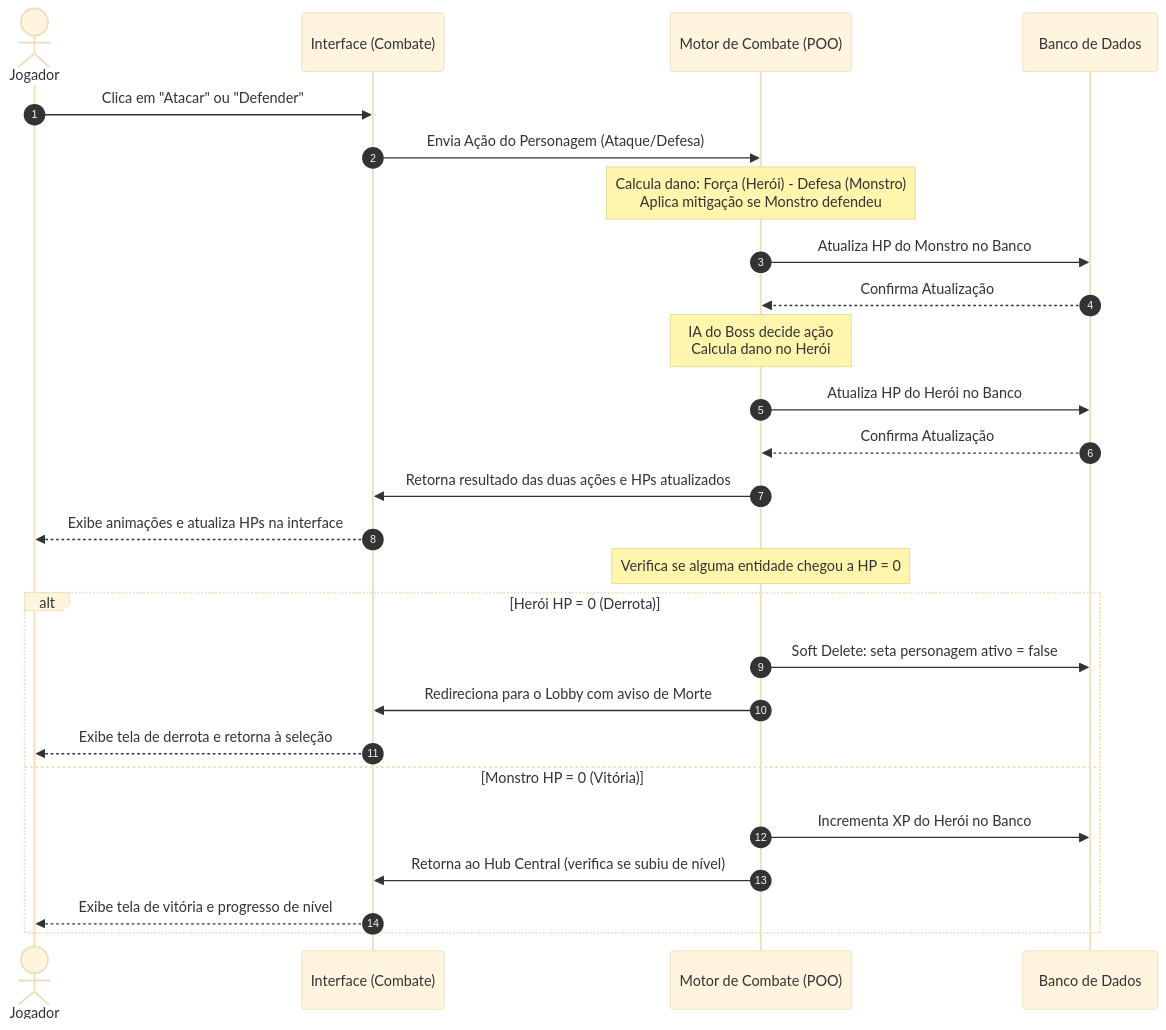
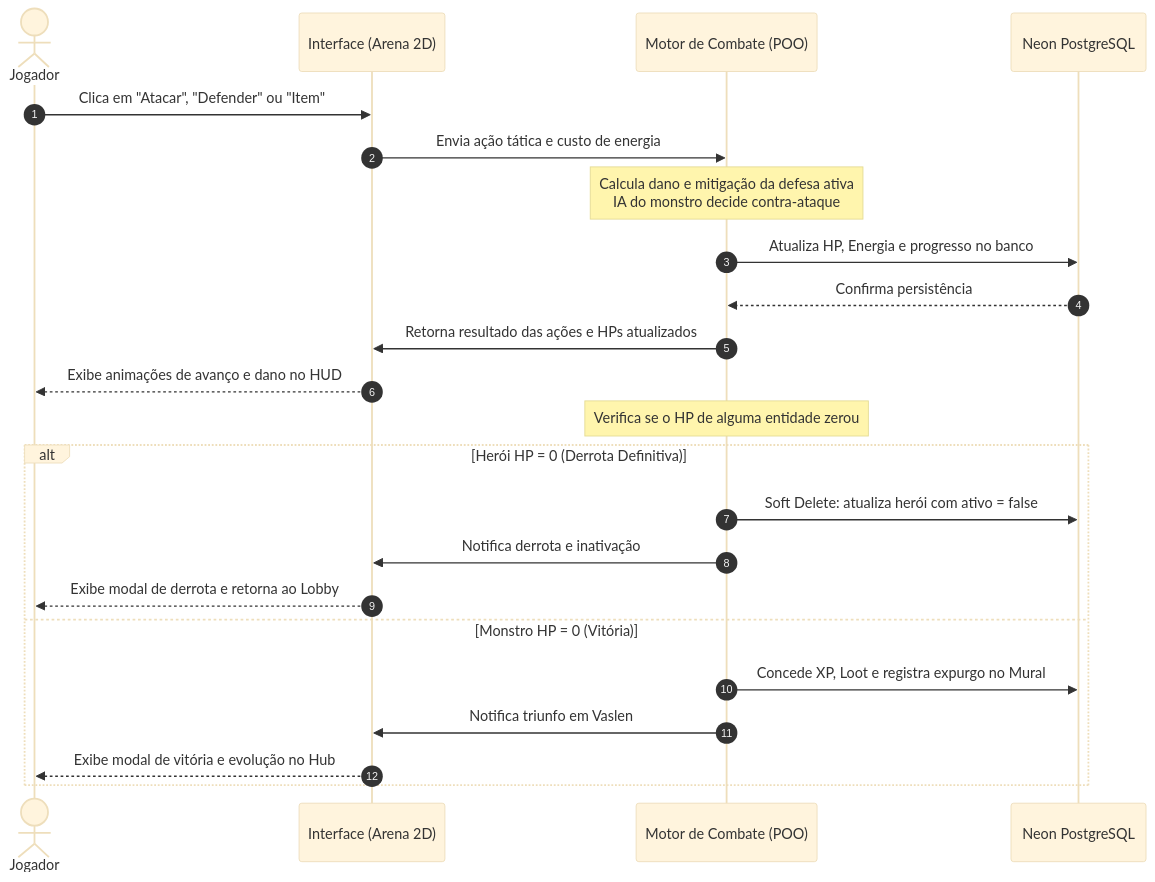
One commit to Gabriel-Soaress/Fracture_POO_Project changed the second of 2 diagrams in projeto-game/config_docs/entregas/documento_entregas_projeto.md. Above: the diagram before and after it, drawn with Mermaid (base theme). The commit also changed other lines of this file and 217 other files, not shown here.

````diff
--- a/projeto-game/config_docs/entregas/documento_entregas_projeto.md
+++ b/projeto-game/config_docs/entregas/documento_entregas_projeto.md
@@ -164,29 +168,26 @@
 ```mermaid
 sequenceDiagram
     autonumber
     actor Jogador
-    participant Frontend as Interface (Combate)
+    participant Frontend as Interface (Arena 2D)
     participant Motor as Motor de Combate (POO)
-    participant BD as Banco de Dados
+    participant BD as Neon PostgreSQL
     
-    Jogador->>Frontend: Clica em "Atacar" ou "Defender"
-    Frontend->>Motor: Envia Ação do Personagem (Ataque/Defesa)
-    Note over Motor: Calcula dano: Força (Herói) - Defesa (Monstro)<br/>Aplica mitigação se Monstro defendeu
-    Motor->>BD: Atualiza HP do Monstro no Banco
-    BD-->>Motor: Confirma Atualização
-    Note over Motor: IA do Boss decide ação<br/>Calcula dano no Herói
-    Motor->>BD: Atualiza HP do Herói no Banco
-    BD-->>Motor: Confirma Atualização
-    Motor->>Frontend: Retorna resultado das duas ações e HPs atualizados
-    Frontend-->>Jogador: Exibe animações e atualiza HPs na interface
-    Note over Motor: Verifica se alguma entidade chegou a HP = 0
-    alt Herói HP = 0 (Derrota)
-        Motor->>BD: Soft Delete: seta personagem ativo = false
-        Motor->>Frontend: Redireciona para o Lobby com aviso de Morte
-        Frontend-->>Jogador: Exibe tela de derrota e retorna à seleção
+    Jogador->>Frontend: Clica em "Atacar", "Defender" ou "Item"
+    Frontend->>Motor: Envia ação tática e custo de energia
+    Note over Motor: Calcula dano e mitigação da defesa ativa<br/>IA do monstro decide contra-ataque
+    Motor->>BD: Atualiza HP, Energia e progresso no banco
+    BD-->>Motor: Confirma persistência
+    Motor->>Frontend: Retorna resultado das ações e HPs atualizados
+    Frontend-->>Jogador: Exibe animações de avanço e dano no HUD
+    Note over Motor: Verifica se o HP de alguma entidade zerou
+    alt Herói HP = 0 (Derrota Definitiva)
+        Motor->>BD: Soft Delete: atualiza herói com ativo = false
+        Motor->>Frontend: Notifica derrota e inativação
+        Frontend-->>Jogador: Exibe modal de derrota e retorna ao Lobby
     else Monstro HP = 0 (Vitória)
-        Motor->>BD: Incrementa XP do Herói no Banco
-        Motor->>Frontend: Retorna ao Hub Central (verifica se subiu de nível)
-        Frontend-->>Jogador: Exibe tela de vitória e progresso de nível
+        Motor->>BD: Concede XP, Loot e registra expurgo no Mural
+        Motor->>Frontend: Notifica triunfo em Vaslen
+        Frontend-->>Jogador: Exibe modal de vitória e evolução no Hub
     end
 ```
````
